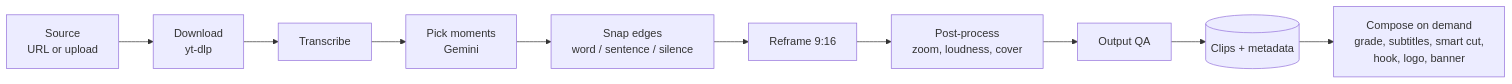
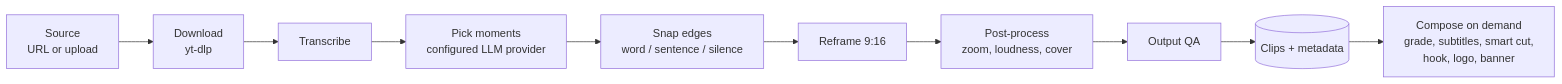
Before and after one commit to fralapo/clippyme: the diagram in docs/architecture/pipeline.md, drawn with Mermaid. The commit also changed other lines of this file and 59 other files, not shown here.

Commit message:
feat: add multi-provider LLM and roadmap fixes

````diff
--- a/docs/architecture/pipeline.md
+++ b/docs/architecture/pipeline.md
@@ -6,12 +6,12 @@
 ```mermaid
 flowchart LR
     S[Source<br/>URL or upload] --> DL[Download<br/>yt-dlp]
     DL --> TR[Transcribe]
-    TR --> AI[Pick moments<br/>Gemini]
+    TR --> AI[Pick moments<br/>configured LLM provider]
     AI --> SN[Snap edges<br/>word / sentence / silence]
     SN --> RF[Reframe 9:16]
     RF --> PP[Post-process<br/>zoom, loudness, cover]
     PP --> QA[Output QA]
     QA --> C[(Clips + metadata)]
     C --> CO[Compose on demand<br/>grade, subtitles, smart cut,<br/>hook, logo, banner]
 ```
````
